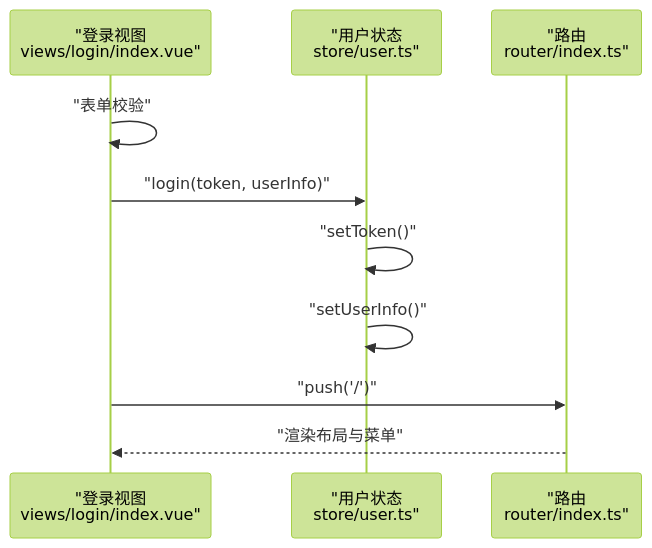
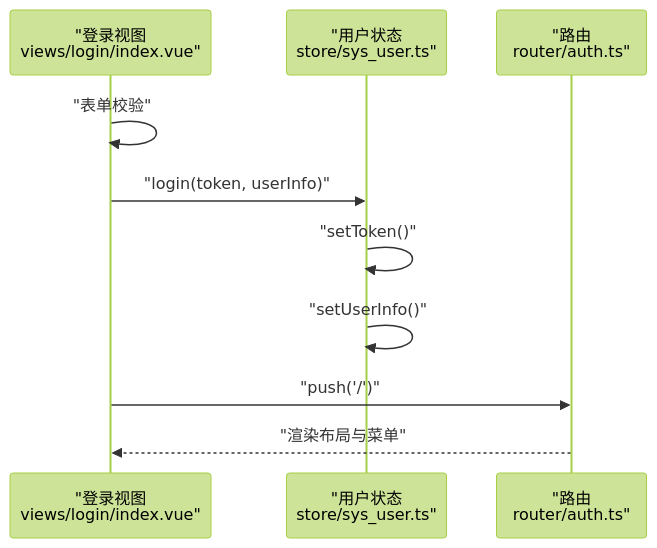
One commit to qiseyun/vue-ts-admin changed the fourth of 8 diagrams in .qoder/repowiki/zh/content/核心功能模块/状态管理系统.md. Above: the diagram before and after it, drawn with Mermaid (forest theme). The commit also changed other lines of this file and 42 other files, not shown here.

````diff
--- a/.qoder/repowiki/zh/content/核心功能模块/状态管理系统.md
+++ b/.qoder/repowiki/zh/content/核心功能模块/状态管理系统.md
@@ -192,12 +192,12 @@
 ```mermaid
 sequenceDiagram
 participant LV as "登录视图<br/>views/login/index.vue"
-participant US as "用户状态<br/>store/user.ts"
-participant RT as "路由<br/>router/index.ts"
+participant US as "用户状态<br/>store/sys_user.ts"
+participant RT as "路由<br/>router/auth.ts"
 LV->>LV : "表单校验"
 LV->>US : "login(token, userInfo)"
 US->>US : "setToken()"
 US->>US : "setUserInfo()"
 LV->>RT : "push('/')"
 RT-->>LV : "渲染布局与菜单"
 ```
````
